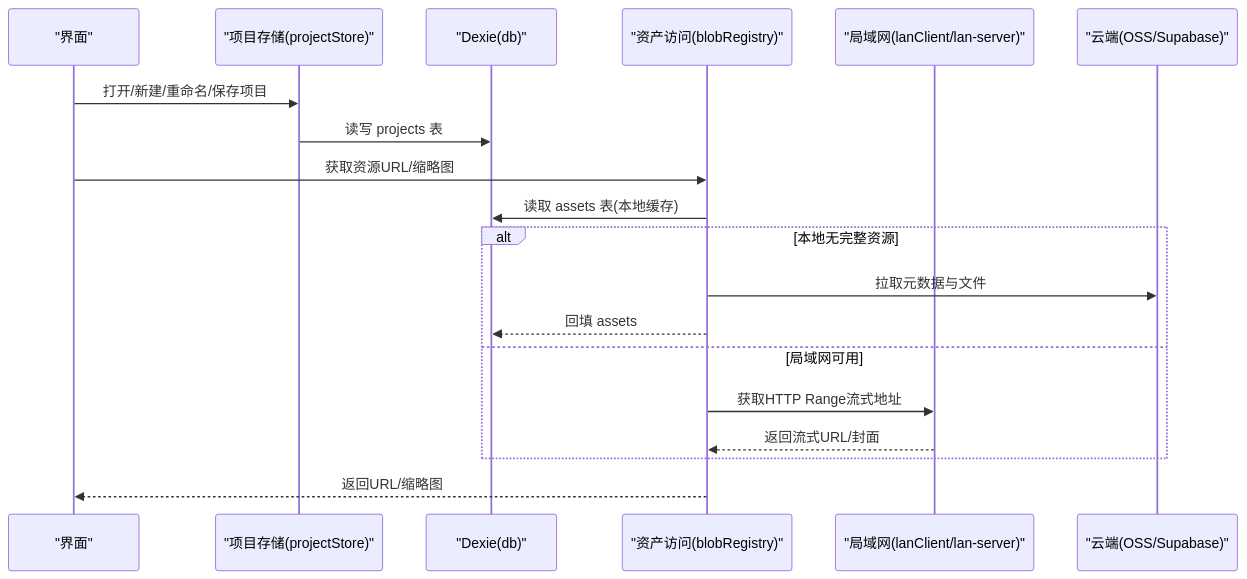
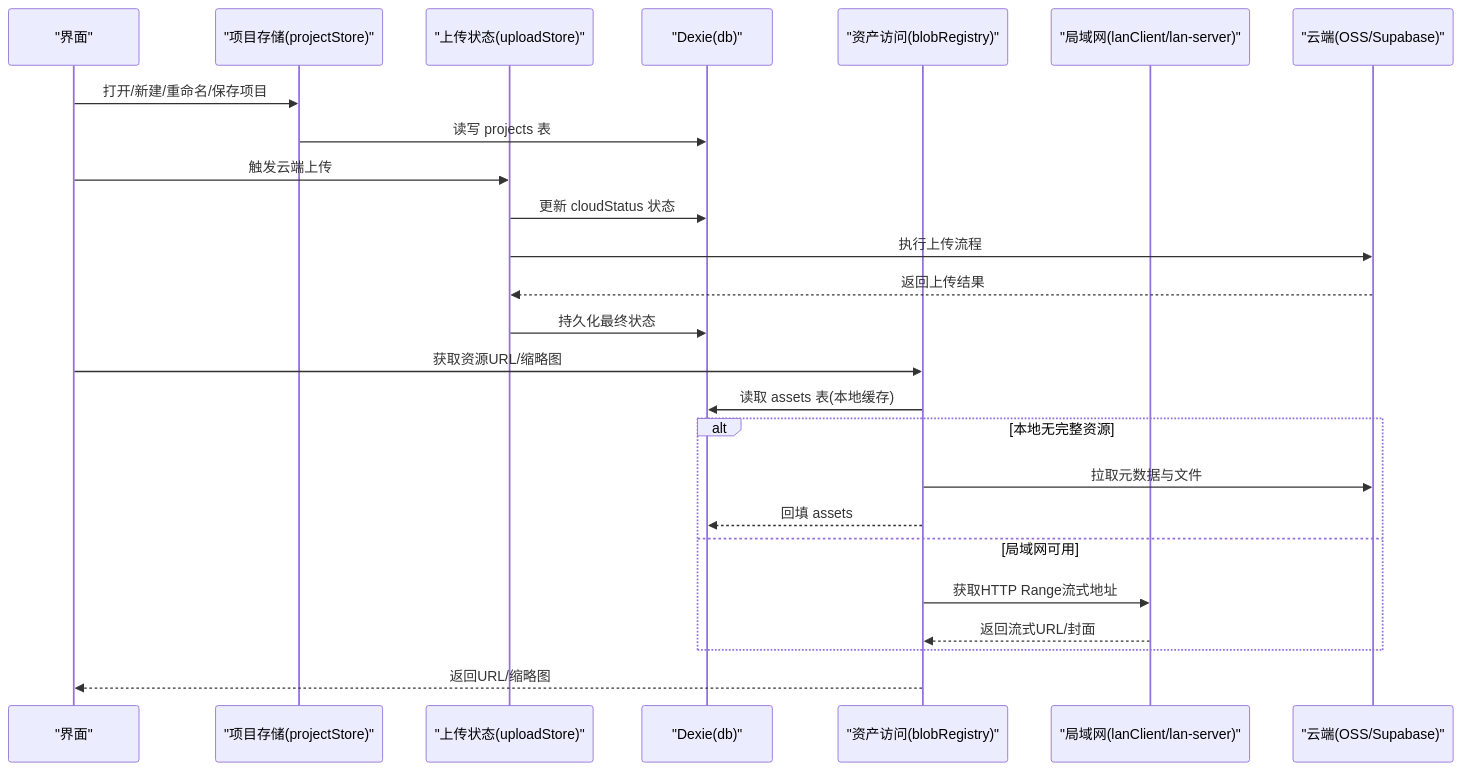
One commit to suqi-bot/SuQCanvas changed the second of 10 diagrams in .qoder/repowiki/zh/content/数据持久化/IndexedDB 存储.md. Above: the diagram before and after it, drawn with Mermaid. The commit also changed other lines of this file and 69 other files, not shown here.

````diff
--- a/.qoder/repowiki/zh/content/数据持久化/IndexedDB 存储.md
+++ b/.qoder/repowiki/zh/content/数据持久化/IndexedDB 存储.md
@@ -84,21 +103,27 @@
 ```mermaid
 sequenceDiagram
 participant UI as "界面"
 participant PS as "项目存储(projectStore)"
+participant US as "上传状态(uploadStore)"
 participant DB as "Dexie(db)"
 participant BR as "资产访问(blobRegistry)"
 participant LAN as "局域网(lanClient/lan-server)"
 participant CLOUD as "云端(OSS/Supabase)"
 UI->>PS : 打开/新建/重命名/保存项目
 PS->>DB : 读写 projects 表
+UI->>US : 触发云端上传
+US->>DB : 更新 cloudStatus 状态
+US->>CLOUD : 执行上传流程
+CLOUD-->>US : 返回上传结果
+US->>DB : 持久化最终状态
 UI->>BR : 获取资源URL/缩略图
 BR->>DB : 读取 assets 表(本地缓存)
 alt 本地无完整资源
 BR->>CLOUD : 拉取元数据与文件
 BR-->>DB : 回填 assets
 else 局域网可用
 BR->>LAN : 获取HTTP Range流式地址
 LAN-->>BR : 返回流式URL/封面
 end
 BR-->>UI : 返回URL/缩略图
 ```
````
